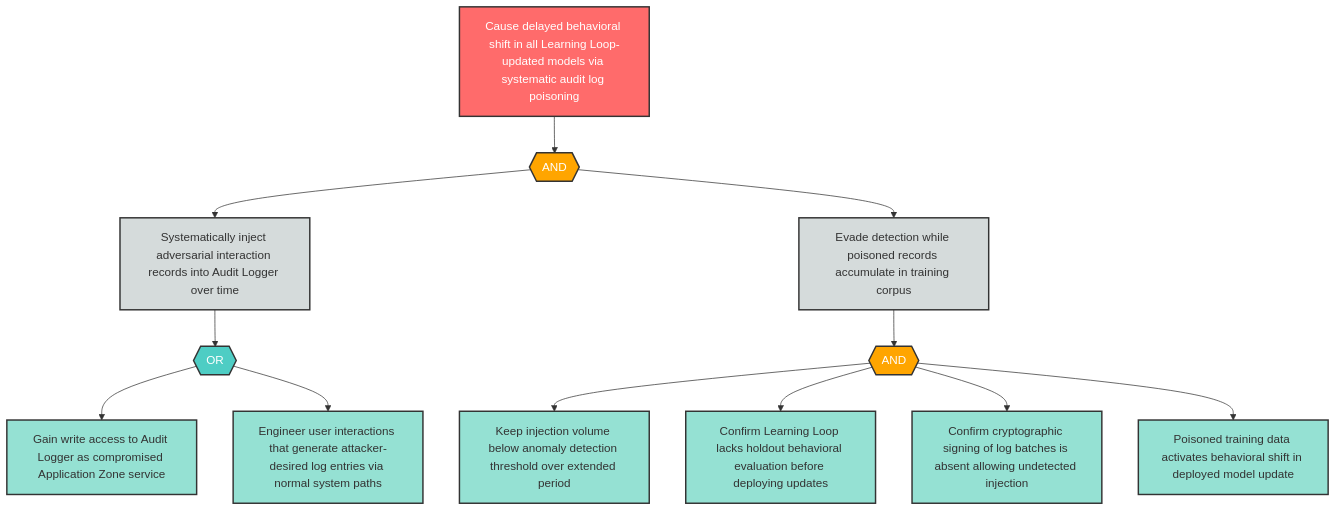
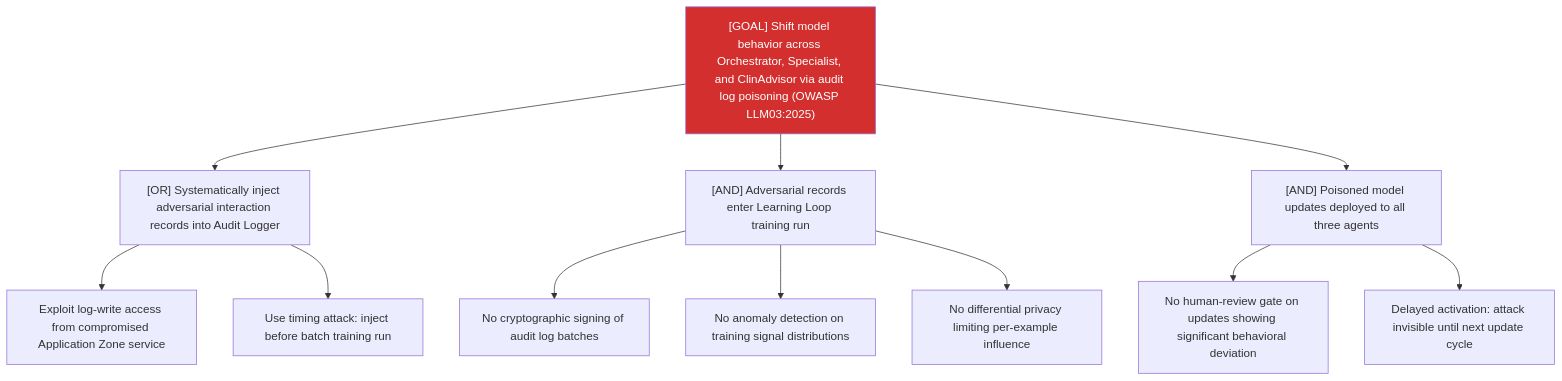
The diagram in examples/agentic-app/sample-report/attack-trees/llm-11-attack-tree.md (q-qp-p/davidmatousek-tachi), drawn with Mermaid before and after one commit. The commit also changed other lines of this file and 132 other files, not shown here.

````diff
--- a/examples/agentic-app/sample-report/attack-trees/llm-11-attack-tree.md
+++ b/examples/agentic-app/sample-report/attack-trees/llm-11-attack-tree.md
@@ -8,39 +7,16 @@
 ```mermaid
-flowchart TD
-    LLM11_root["Cause delayed behavioral shift in all Learning Loop-updated models via systematic audit log poisoning"]
-    LLM11_and1{{"AND"}}
-    LLM11_sub1["Systematically inject adversarial interaction records into Audit Logger over time"]
-    LLM11_sub2["Evade detection while poisoned records accumulate in training corpus"]
-    LLM11_or1{{"OR"}}
-    LLM11_leaf1["Gain write access to Audit Logger as compromised Application Zone service"]
-    LLM11_leaf2["Engineer user interactions that generate attacker-desired log entries via normal system paths"]
-    LLM11_and2{{"AND"}}
-    LLM11_leaf3["Keep injection volume below anomaly detection threshold over extended period"]
-    LLM11_leaf4["Confirm Learning Loop lacks holdout behavioral evaluation before deploying updates"]
-    LLM11_leaf5["Confirm cryptographic signing of log batches is absent allowing undetected injection"]
-    LLM11_leaf6["Poisoned training data activates behavioral shift in deployed model update"]
-
-    LLM11_root --> LLM11_and1
-    LLM11_and1 --> LLM11_sub1
-    LLM11_and1 --> LLM11_sub2
-    LLM11_sub1 --> LLM11_or1
-    LLM11_or1 --> LLM11_leaf1
-    LLM11_or1 --> LLM11_leaf2
-    LLM11_sub2 --> LLM11_and2
-    LLM11_and2 --> LLM11_leaf3
-    LLM11_and2 --> LLM11_leaf4
-    LLM11_and2 --> LLM11_leaf5
-    LLM11_and2 --> LLM11_leaf6
-
-    classDef goal fill:#ff6b6b,stroke:#333,stroke-width:2px,color:#fff
-    classDef andGate fill:#ffa500,stroke:#333,stroke-width:2px,color:#fff
-    classDef orGate fill:#4ecdc4,stroke:#333,stroke-width:2px,color:#fff
-    classDef subGoal fill:#d5dbdb,stroke:#333,stroke-width:2px,color:#333
-    classDef leaf fill:#95e1d3,stroke:#333,stroke-width:2px,color:#333
-
-    class LLM11_root goal
-    class LLM11_and1,LLM11_and2 andGate
-    class LLM11_or1 orGate
-    class LLM11_sub1,LLM11_sub2 subGoal
-    class LLM11_leaf1,LLM11_leaf2,LLM11_leaf3,LLM11_leaf4,LLM11_leaf5,LLM11_leaf6 leaf
+graph TD
+    Goal["[GOAL] Shift model behavior across Orchestrator, Specialist, and ClinAdvisor via audit log poisoning (OWASP LLM03:2025)"]
+    Goal --> A["[OR] Systematically inject adversarial interaction records into Audit Logger"]
+    A --> A1["Exploit log-write access from compromised Application Zone service"]
+    A --> A2["Use timing attack: inject before batch training run"]
+    Goal --> B["[AND] Adversarial records enter Learning Loop training run"]
+    B --> B1["No cryptographic signing of audit log batches"]
+    B --> B2["No anomaly detection on training signal distributions"]
+    B --> B3["No differential privacy limiting per-example influence"]
+    Goal --> C["[AND] Poisoned model updates deployed to all three agents"]
+    C --> C1["No human-review gate on updates showing significant behavioral deviation"]
+    C --> C2["Delayed activation: attack invisible until next update cycle"]
+    classDef critical fill:#d32f2f,color:#fff
+    class Goal critical
 ```
````
